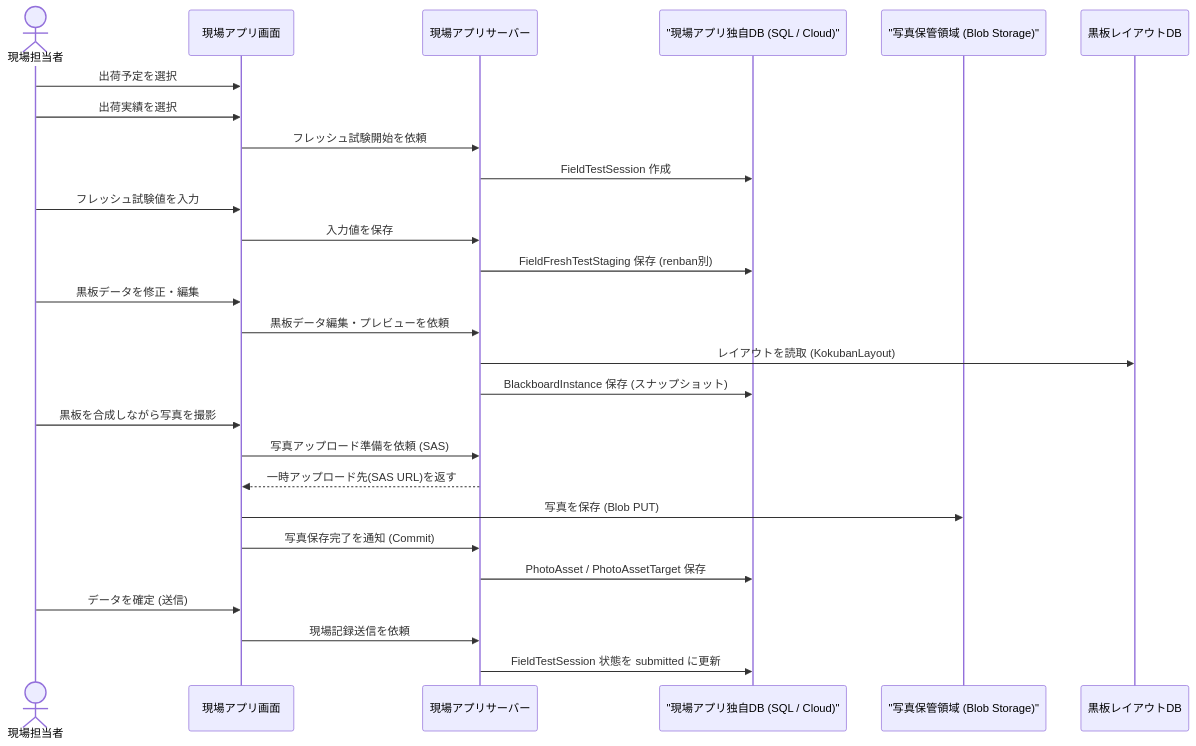
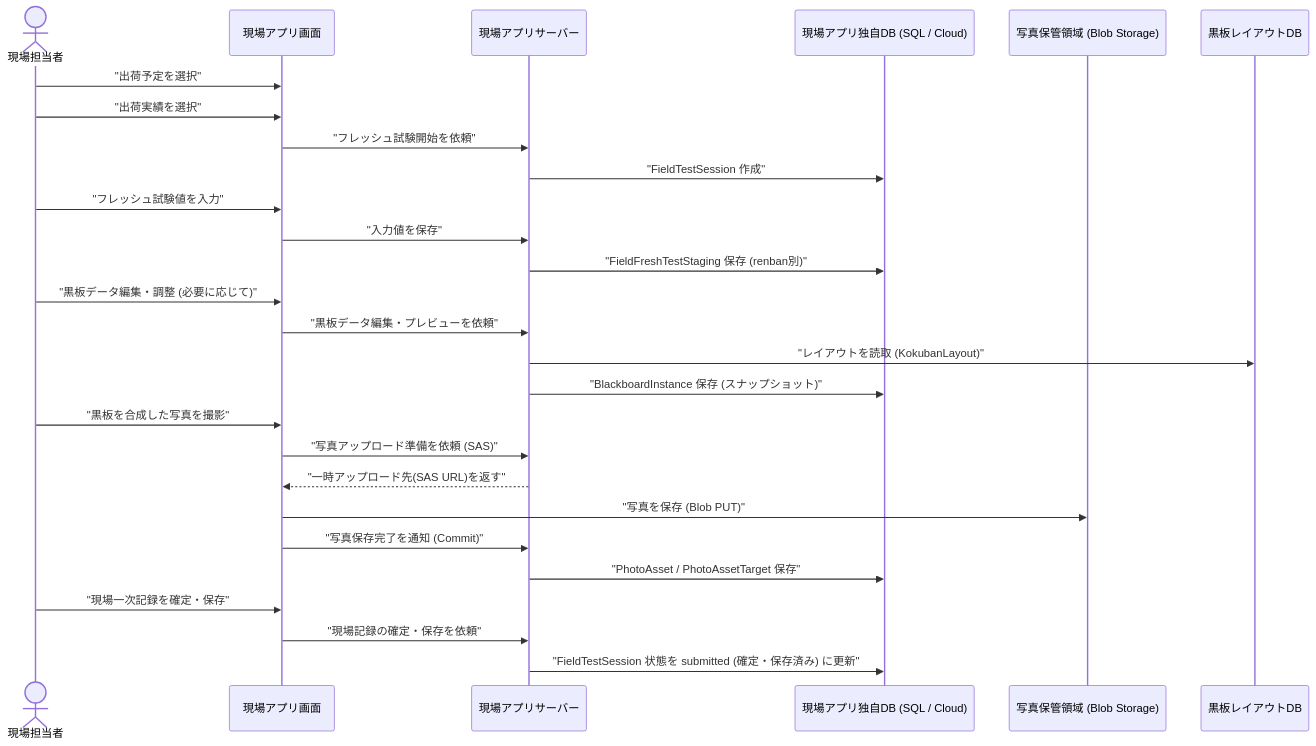
The seventh of 11 diagrams in docs/Labonity用現場試験アプリ_設計書_v1.0.md (sakku0039/FieldTester), drawn with Mermaid before and after one commit. The commit also changed other lines of this file, not shown here.

Commit message:
Please provide the code changes or file summaries so I can generate the commit message for you.

````diff
--- a/docs/Labonity用現場試験アプリ_設計書_v1.0.md
+++ b/docs/Labonity用現場試験アプリ_設計書_v1.0.md
@@ -468,30 +468,30 @@
 ```mermaid
 sequenceDiagram
-    actor 現場担当者
-    participant 画面 as 現場アプリ画面
-    participant サーバー as 現場アプリサーバー
-    participant 独自DB as "現場アプリ独自DB (SQL / Cloud)"
-    participant 写真保管 as "写真保管領域 (Blob Storage)"
-    participant 黒板DB as 黒板レイアウトDB
+    actor FieldOperator as 現場担当者
+    participant AppUI as 現場アプリ画面
+    participant AppServer as 現場アプリサーバー
+    participant AppDB as 現場アプリ独自DB (SQL / Cloud)
+    participant BlobStorage as 写真保管領域 (Blob Storage)
+    participant BlackboardDB as 黒板レイアウトDB
 
-    現場担当者->>画面: 出荷予定を選択
-    現場担当者->>画面: 出荷実績を選択
-    画面->>サーバー: フレッシュ試験開始を依頼
-    サーバー->>独自DB: FieldTestSession 作成
-    現場担当者->>画面: フレッシュ試験値を入力
-    画面->>サーバー: 入力値を保存
-    サーバー->>独自DB: FieldFreshTestStaging 保存 (renban別)
-    現場担当者->>画面: 黒板データを修正・編集
-    画面->>サーバー: 黒板データ編集・プレビューを依頼
-    サーバー->>黒板DB: レイアウトを読取 (KokubanLayout)
-    サーバー->>独自DB: BlackboardInstance 保存 (スナップショット)
-    現場担当者->>画面: 黒板を合成しながら写真を撮影
-    画面->>サーバー: 写真アップロード準備を依頼 (SAS)
-    サーバー-->>画面: 一時アップロード先(SAS URL)を返す
-    画面->>写真保管: 写真を保存 (Blob PUT)
-    画面->>サーバー: 写真保存完了を通知 (Commit)
-    サーバー->>独自DB: PhotoAsset / PhotoAssetTarget 保存
-    現場担当者->>画面: データを確定 (送信)
-    画面->>サーバー: 現場記録送信を依頼
-    サーバー->>独自DB: FieldTestSession 状態を submitted に更新
+    FieldOperator->>AppUI: "出荷予定を選択"
+    FieldOperator->>AppUI: "出荷実績を選択"
+    AppUI->>AppServer: "フレッシュ試験開始を依頼"
+    AppServer->>AppDB: "FieldTestSession 作成"
+    FieldOperator->>AppUI: "フレッシュ試験値を入力"
+    AppUI->>AppServer: "入力値を保存"
+    AppServer->>AppDB: "FieldFreshTestStaging 保存 (renban別)"
+    FieldOperator->>AppUI: "黒板データ編集・調整 (必要に応じて)"
+    AppUI->>AppServer: "黒板データ編集・プレビューを依頼"
+    AppServer->>BlackboardDB: "レイアウトを読取 (KokubanLayout)"
+    AppServer->>AppDB: "BlackboardInstance 保存 (スナップショット)"
+    FieldOperator->>AppUI: "黒板を合成した写真を撮影"
+    AppUI->>AppServer: "写真アップロード準備を依頼 (SAS)"
+    AppServer-->>AppUI: "一時アップロード先(SAS URL)を返す"
+    AppUI->>BlobStorage: "写真を保存 (Blob PUT)"
+    AppUI->>AppServer: "写真保存完了を通知 (Commit)"
+    AppServer->>AppDB: "PhotoAsset / PhotoAssetTarget 保存"
+    FieldOperator->>AppUI: "現場一次記録を確定・保存"
+    AppUI->>AppServer: "現場記録の確定・保存を依頼"
+    AppServer->>AppDB: "FieldTestSession 状態を submitted (確定・保存済み) に更新"
 ```
````
